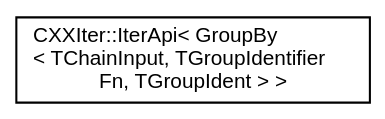
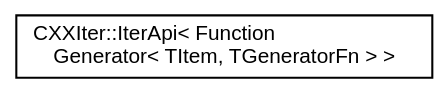
The diagram in inherit_graph_5.dot (seijikun/CXXIter), drawn with Graphviz before and after one commit. The commit also changed 54 other files, not shown here.

```diff
--- a/inherit_graph_5.dot
+++ b/inherit_graph_5.dot
@@ -1,10 +1,10 @@
 digraph "Graphical Class Hierarchy"
 {
  // INTERACTIVE_SVG=YES
  // LATEX_PDF_SIZE
   bgcolor="transparent";
   edge [fontname="Helvetica",fontsize="10",labelfontname="Helvetica",labelfontsize="10"];
   node [fontname="Helvetica",fontsize="10",shape=record];
   rankdir="LR";
-  Node0 [label="CXXIter::IterApi\< GroupBy\l\< TChainInput, TGroupIdentifier\lFn, TGroupIdent \> \>",height=0.2,width=0.4,color="black",URL="$classCXXIter_1_1IterApi.html",tooltip=" "];
+  Node0 [label="CXXIter::IterApi\< Function\lGenerator\< TItem, TGeneratorFn \> \>",height=0.2,width=0.4,color="black",URL="$classCXXIter_1_1IterApi.html",tooltip=" "];
 }
```
